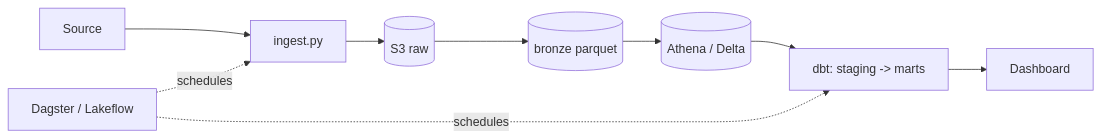
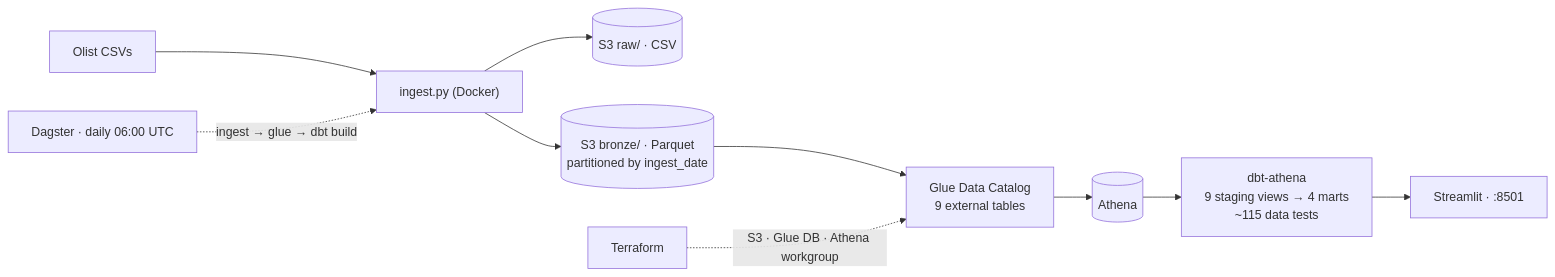
One commit to willamsburgoa-hash/ecommerce-retail-warehouse changed the diagram in README.md. Above: the diagram before and after it, drawn with Mermaid. The commit also changed other lines of this file and 28 other files, not shown here.

````diff
--- a/README.md
+++ b/README.md
@@ -15,11 +22,12 @@
 ```mermaid
 flowchart LR
-    SRC[Source] --> ING[ingest.py]
-    ING --> RAW[(S3 raw)]
-    RAW --> BRONZE[(bronze parquet)]
-    BRONZE --> WH[(Athena / Delta)]
-    WH --> DBT[dbt: staging -> marts]
-    DBT --> DASH[Dashboard]
-    ORCH[Dagster / Lakeflow] -.schedules.-> ING
-    ORCH -.schedules.-> DBT
+    K[Olist CSVs] --> ING["ingest.py (Docker)"]
+    ING --> RAW[("S3 raw/ · CSV")]
+    ING --> BRZ[("S3 bronze/ · Parquet<br/>partitioned by ingest_date")]
+    BRZ --> GLUE["Glue Data Catalog<br/>9 external tables"]
+    GLUE --> ATH[(Athena)]
+    ATH --> DBT["dbt-athena<br/>9 staging views → 4 marts<br/>~115 data tests"]
+    DBT --> DASH["Streamlit · :8501"]
+    DAG["Dagster · daily 06:00 UTC"] -.->|ingest → glue → dbt build| ING
+    TF[Terraform] -.->|S3 · Glue DB · Athena workgroup| GLUE
 ```
````
